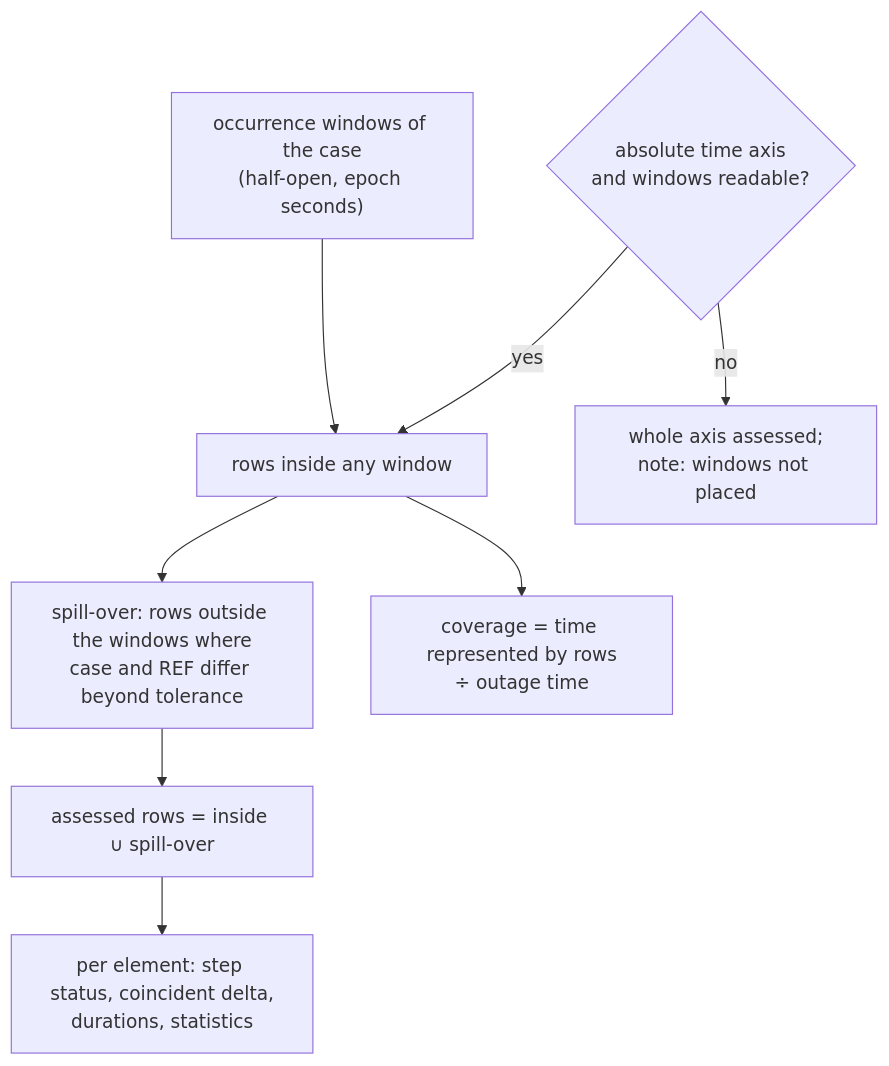
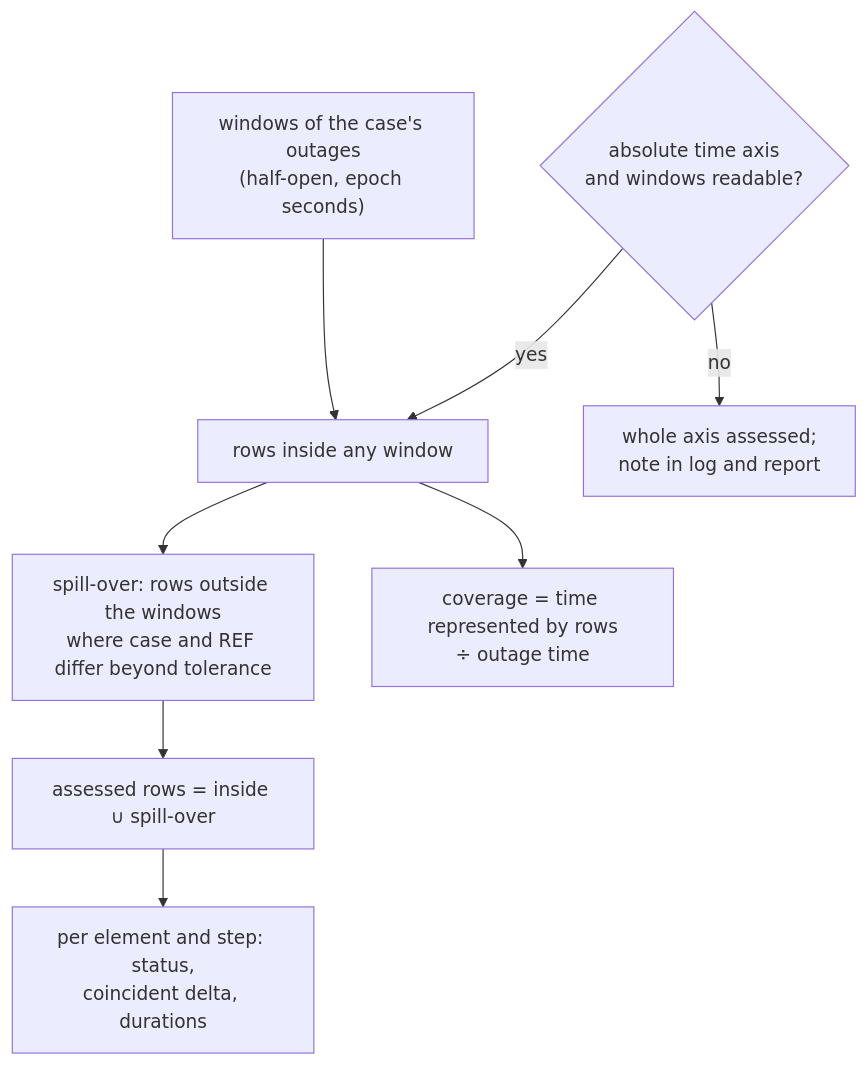
One commit to hadiibrahim-Engin/GridLensAssessment changed the fourth of 5 diagrams in docs/ARCHITECTURE.md. Above: the diagram before and after it, drawn with Mermaid. The commit also changed other lines of this file and 13 other files, not shown here.

````diff
--- a/docs/ARCHITECTURE.md
+++ b/docs/ARCHITECTURE.md
@@ -345,10 +369,10 @@
 ```mermaid
 flowchart TD
-    W["occurrence windows of the case<br/>(half-open, epoch seconds)"] --> IN["rows inside any window"]
-    AX{"absolute time axis<br/>and windows readable?"} -- no --> ALL["whole axis assessed;<br/>note: windows not placed"]
+    W["windows of the case's outages<br/>(half-open, epoch seconds)"] --> IN["rows inside any window"]
+    AX{"absolute time axis<br/>and windows readable?"} -- no --> ALL["whole axis assessed;<br/>note in log and report"]
     AX -- yes --> IN
-    IN --> SP["spill-over: rows outside the windows where<br/>case and REF differ beyond tolerance"]
+    IN --> SP["spill-over: rows outside the windows<br/>where case and REF differ beyond tolerance"]
     SP --> E["assessed rows = inside ∪ spill-over"]
-    E --> C["per element: step status, coincident delta,<br/>durations, statistics"]
+    E --> C["per element and step: status,<br/>coincident delta, durations"]
     IN --> COV["coverage = time represented by rows<br/>÷ outage time"]
 ```
````
